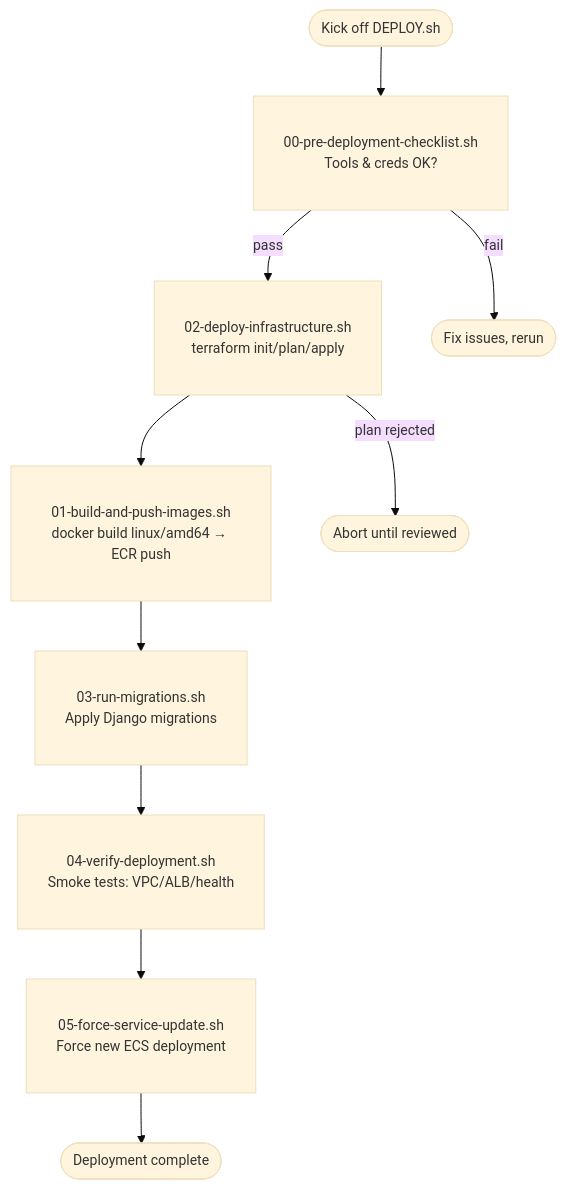
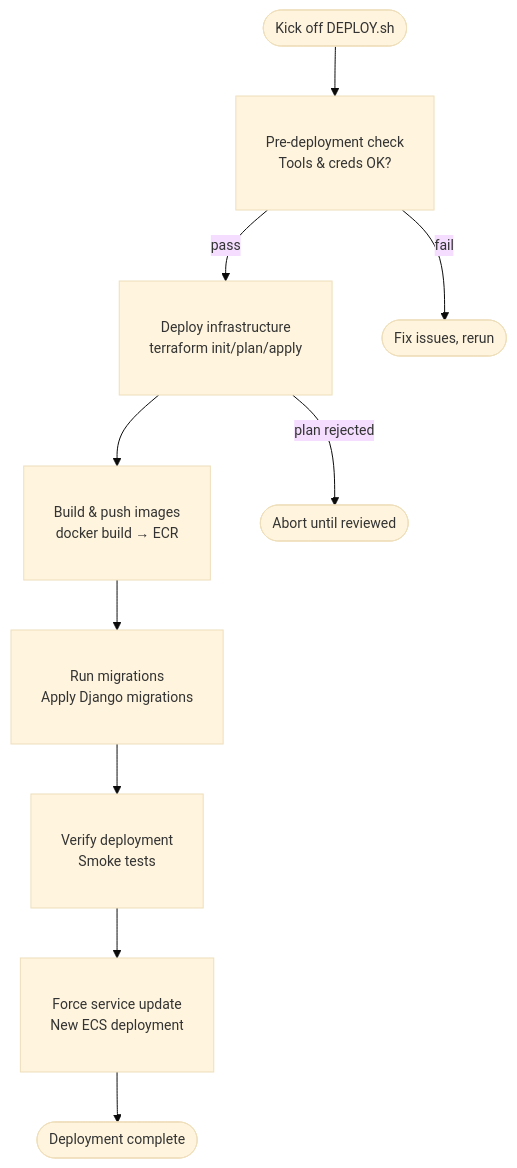
The second of 8 diagrams in docs/p1_deploy.md (JoanneHing/cs3219-ay2526s1-project-g19), drawn with Mermaid before and after one commit. The commit also changed other lines of this file, not shown here.

````diff
--- a/docs/p1_deploy.md
+++ b/docs/p1_deploy.md
@@ -50,16 +50,16 @@
 ```mermaid
 %%{init: {'theme':'base', 'themeVariables': {'fontSize':'14px'}}}%%
 flowchart TD
-  start([Kick off DEPLOY.sh]) --> checklist["00-pre-deployment-checklist.sh<br/>Tools & creds OK?"]
-  checklist -->|pass| tf["02-deploy-infrastructure.sh<br/>terraform init/plan/apply"]
-  tf --> build["01-build-and-push-images.sh<br/>docker build linux/amd64 → ECR push"]
-  build --> migrate["03-run-migrations.sh<br/>Apply Django migrations"]
-  migrate --> verify["04-verify-deployment.sh<br/>Smoke tests: VPC/ALB/health"]
-  verify --> refresh["05-force-service-update.sh<br/>Force new ECS deployment"]
+  start([Kick off DEPLOY.sh]) --> checklist["Pre-deployment check<br/>Tools & creds OK?"]
+  checklist -->|pass| tf["Deploy infrastructure<br/>terraform init/plan/apply"]
+  tf --> build["Build & push images<br/>docker build → ECR"]
+  build --> migrate["Run migrations<br/>Apply Django migrations"]
+  migrate --> verify["Verify deployment<br/>Smoke tests"]
+  verify --> refresh["Force service update<br/>New ECS deployment"]
   refresh --> done([Deployment complete])
   checklist -->|fail| stop1([Fix issues, rerun])
   tf -->|plan rejected| stop2([Abort until reviewed])
 
   classDef wider padding:10px
   class checklist,tf,build,migrate,verify,refresh wider
 ```
````
